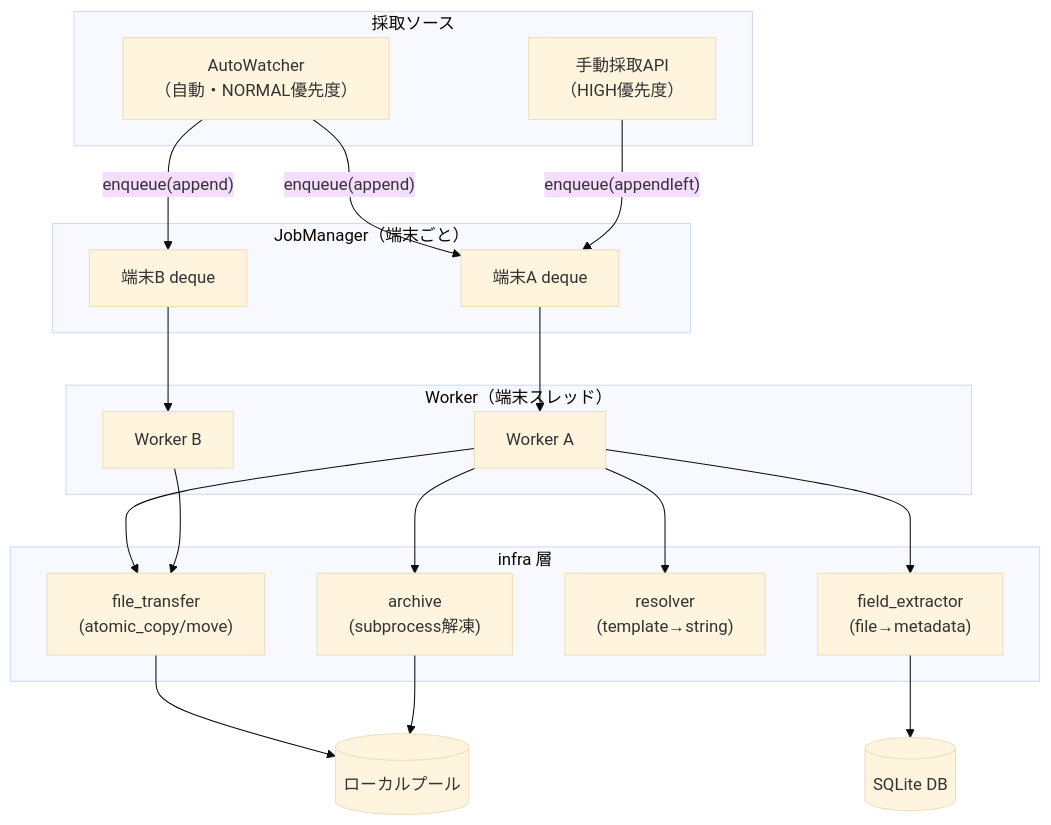
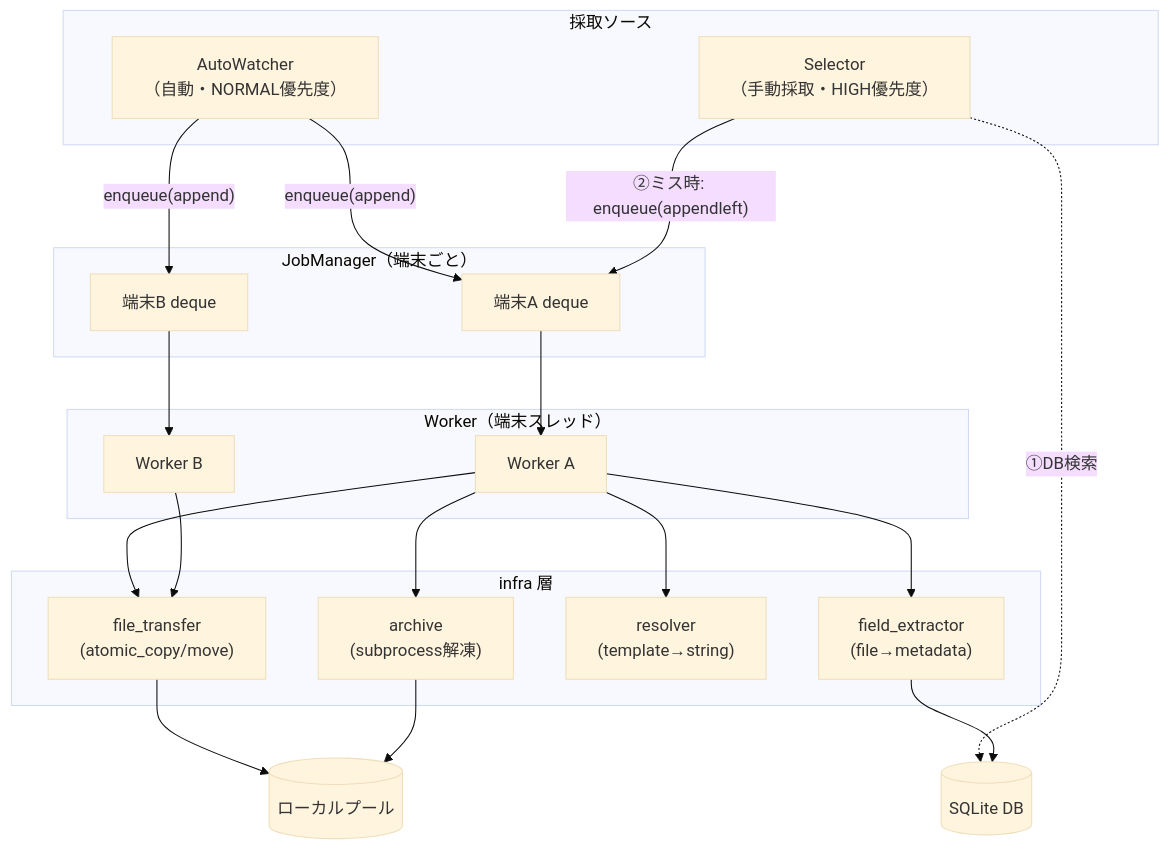
Before and after one commit to masakazu2025/test-supporter: the first of 3 diagrams in docs/features/collection/design.md, drawn with Mermaid (base theme). The commit also changed other lines of this file and 26 other files, not shown here.

````diff
--- a/docs/features/collection/design.md
+++ b/docs/features/collection/design.md
@@ -5,41 +5,42 @@
 ```mermaid
 graph TB
     subgraph Sources["採取ソース"]
         AW["AutoWatcher<br>（自動・NORMAL優先度）"]
-        MA["手動採取API<br>（HIGH優先度）"]
+        SL["Selector<br>（手動採取・HIGH優先度）"]
     end
 
     subgraph JobManager["JobManager（端末ごと）"]
         QA["端末A deque"]
         QB["端末B deque"]
     end
 
     subgraph Workers["Worker（端末スレッド）"]
         WA["Worker A"]
         WB["Worker B"]
     end
 
     subgraph Infra["infra 層"]
         FT["file_transfer<br>(atomic_copy/move)"]
         FE["field_extractor<br>(file→metadata)"]
         RV["resolver<br>(template→string)"]
         AR["archive<br>(subprocess解凍)"]
     end
 
     Pool[("ローカルプール")]
     DB[("SQLite DB")]
 
     AW -- "enqueue(append)" --> QA
     AW -- "enqueue(append)" --> QB
-    MA -- "enqueue(appendleft)" --> QA
+    SL -. "①DB検索" .-> DB
+    SL -- "②ミス時: enqueue(appendleft)" --> QA
     QA --> WA
     QB --> WB
     WA --> FT
     WA --> FE
     WA --> RV
     WA --> AR
     WB --> FT
     FT --> Pool
     AR --> Pool
     FE --> DB
 ```
````
